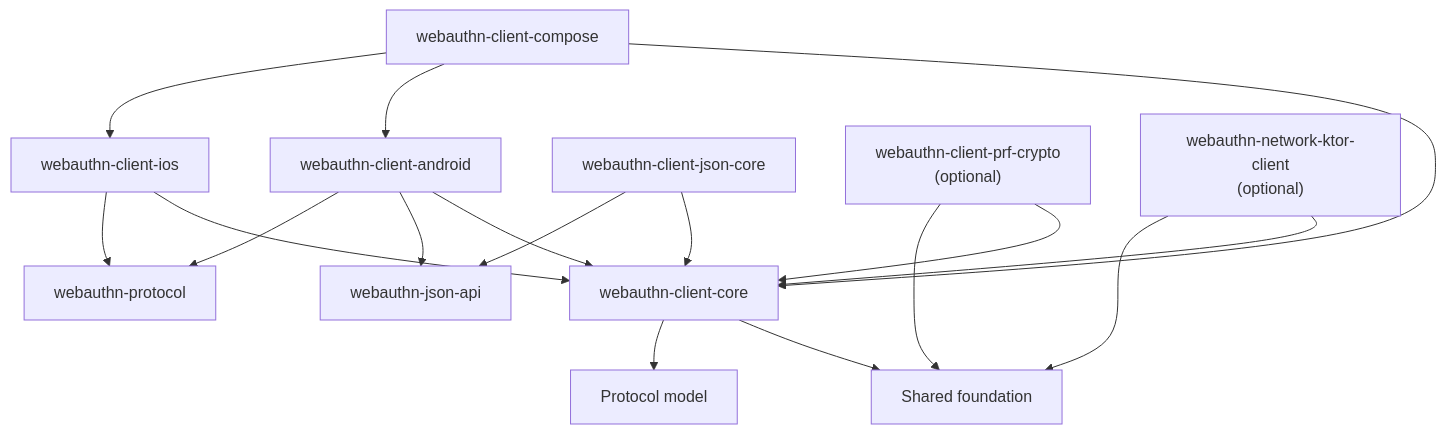
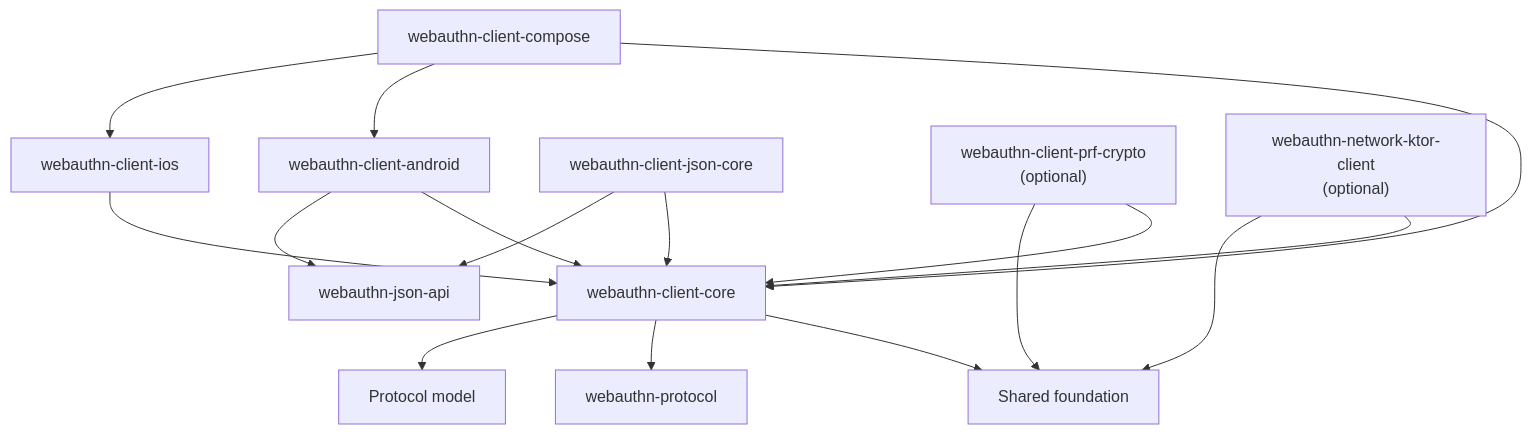
One commit to szijpeter/webauthn-kotlin-multiplatform changed the third of 4 diagrams in docs/architecture.md. Above: the diagram before and after it, drawn with Mermaid. The commit also changed other lines of this file and 12 other files, not shown here.

````diff
--- a/docs/architecture.md
+++ b/docs/architecture.md
@@ -90,37 +90,36 @@
 ```mermaid
 flowchart TB
     COMPOSE["webauthn-client-compose"]
     ANDROID["webauthn-client-android"]
     IOS["webauthn-client-ios"]
     JSON["webauthn-client-json-core"]
     PRF["webauthn-client-prf-crypto<br/>(optional)"]
     NETWORK["webauthn-network-ktor-client<br/>(optional)"]
     CLIENT_CORE["webauthn-client-core"]
     JSON_API["webauthn-json-api"]
     PROTOCOL["webauthn-protocol"]
     FOUNDATION["Shared foundation"]
     MODEL["Protocol model"]
 
     COMPOSE --> CLIENT_CORE
     COMPOSE --> ANDROID
     COMPOSE --> IOS
 
     ANDROID --> CLIENT_CORE
     ANDROID --> JSON_API
-    ANDROID --> PROTOCOL
 
     IOS --> CLIENT_CORE
-    IOS --> PROTOCOL
 
     JSON --> CLIENT_CORE
     JSON --> JSON_API
 
     PRF --> CLIENT_CORE
     PRF --> FOUNDATION
 
     NETWORK --> CLIENT_CORE
     NETWORK --> FOUNDATION
 
     CLIENT_CORE --> FOUNDATION
+    CLIENT_CORE --> PROTOCOL
     CLIENT_CORE --> MODEL
 ```
````
